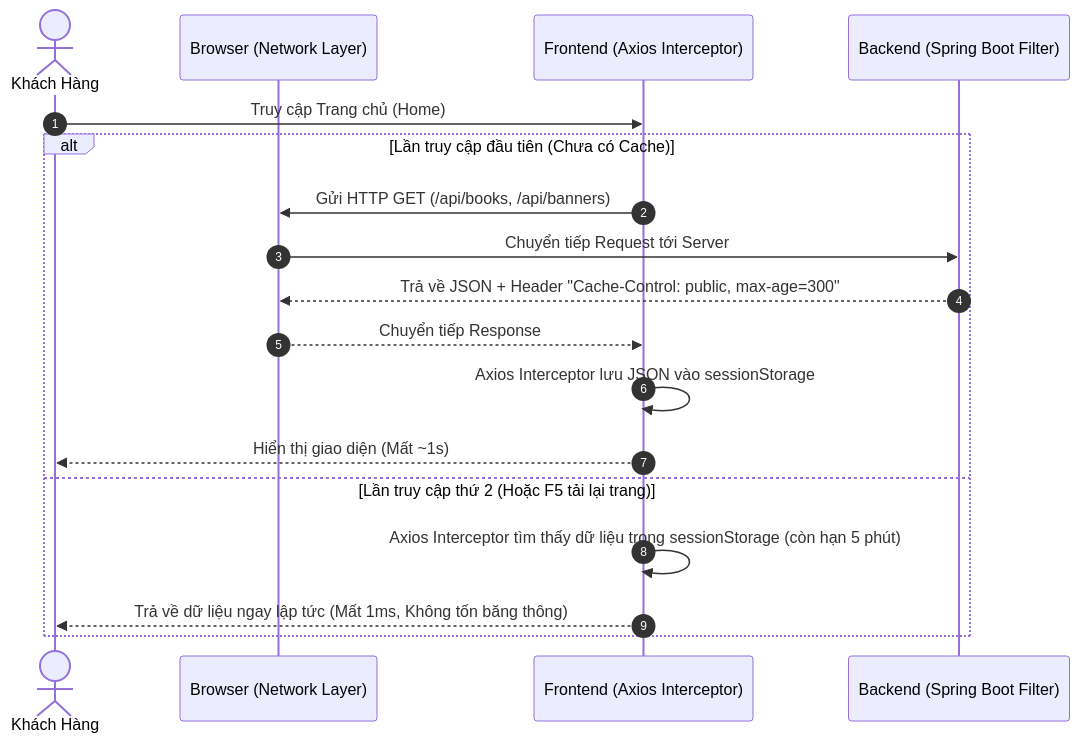
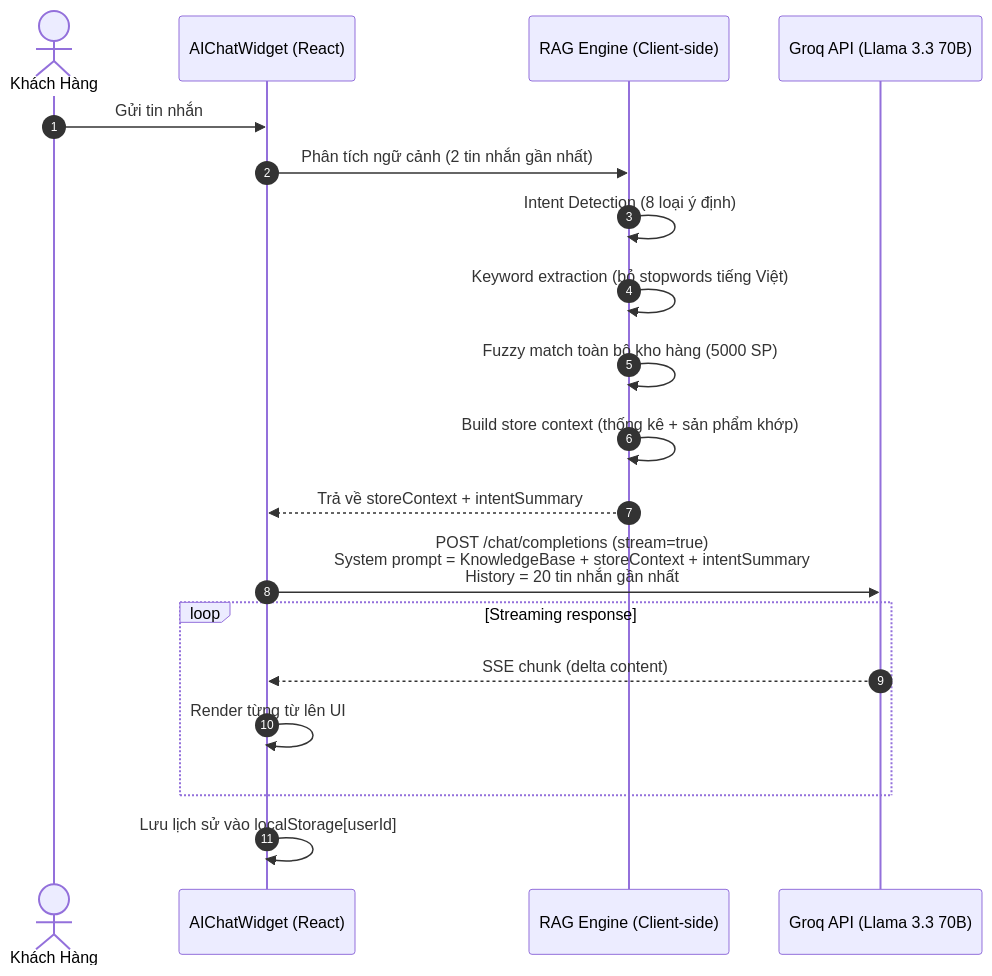
Before and after one commit to BryannLee202/TestingProject: the third of 3 diagrams in README.md, drawn with Mermaid. The commit also changed other lines of this file, not shown here.

Commit message:
docs: update README with AI chatbot architecture, intent detection, RAG engine, and feature changelog

````diff
--- a/README.md
+++ b/README.md
@@ -154,22 +204,26 @@
 ```mermaid
 sequenceDiagram
   autonumber
   actor User as Khách Hàng
-  participant Browser as Browser (Network Layer)
-  participant FE as Frontend (Axios Interceptor)
-  participant BE as Backend (Spring Boot Filter)
+  participant Chat as AIChatWidget (React)
+  participant RAG as RAG Engine (Client-side)
+  participant Groq as Groq API (Llama 3.3 70B)
+
+  User->>Chat: Gửi tin nhắn
+  Chat->>RAG: Phân tích ngữ cảnh (2 tin nhắn gần nhất)
   
-  User->>FE: Truy cập Trang chủ (Home)
+  RAG->>RAG: Intent Detection (8 loại ý định)
+  RAG->>RAG: Keyword extraction (bỏ stopwords tiếng Việt)
+  RAG->>RAG: Fuzzy match toàn bộ kho hàng (5000 SP)
+  RAG->>RAG: Build store context (thống kê + sản phẩm khớp)
   
-  alt Lần truy cập đầu tiên (Chưa có Cache)
-    FE->>Browser: Gửi HTTP GET (/api/books, /api/banners)
-    Browser->>BE: Chuyển tiếp Request tới Server
-    BE-->>Browser: Trả về JSON + Header "Cache-Control: public, max-age=300"
-    Browser-->>FE: Chuyển tiếp Response
-    FE->>FE: Axios Interceptor lưu JSON vào sessionStorage
-    FE-->>User: Hiển thị giao diện (Mất ~1s)
-  else Lần truy cập thứ 2 (Hoặc F5 tải lại trang)
-    FE->>FE: Axios Interceptor tìm thấy dữ liệu trong sessionStorage (còn hạn 5 phút)
-    FE-->>User: Trả về dữ liệu ngay lập tức (Mất 1ms, Không tốn băng thông)
+  RAG-->>Chat: Trả về storeContext + intentSummary
+  Chat->>Groq: POST /chat/completions (stream=true)<br/>System prompt = KnowledgeBase + storeContext + intentSummary<br/>History = 20 tin nhắn gần nhất
+  
+  loop Streaming response
+    Groq-->>Chat: SSE chunk (delta content)
+    Chat->>Chat: Render từng từ lên UI
   end
+  
+  Chat->>Chat: Lưu lịch sử vào localStorage[userId]
 ```
````
